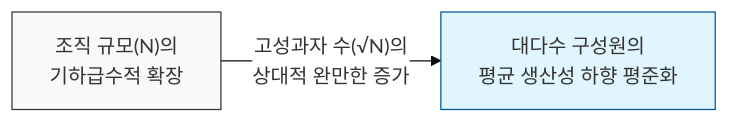
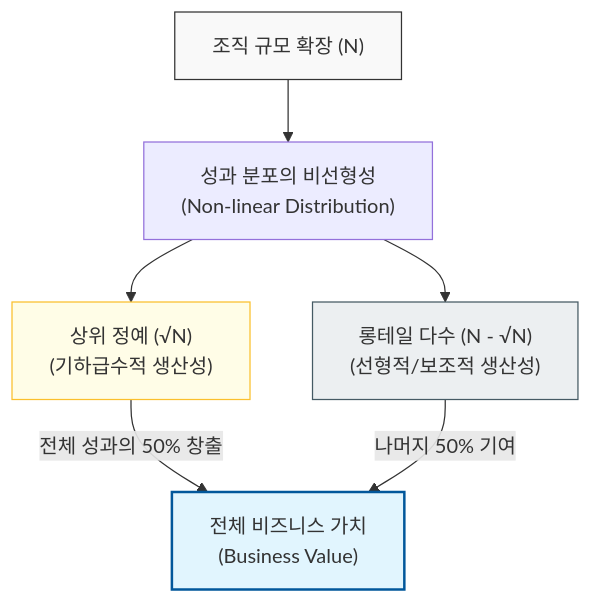
One commit to jeonck/ai-sw-engineering changed the second of 2 diagrams in docs/laws/prices-law.md. Above: the diagram before and after it, drawn with Mermaid. The commit also changed other lines of this file and 29 other files, not shown here.

````diff
--- a/docs/laws/prices-law.md
+++ b/docs/laws/prices-law.md
@@ -29,7 +30,15 @@
 ```mermaid
-%%{init: { 'theme': 'base', 'themeVariables': { 'edgeLabelBackground': '#fff' }}}%%
-flowchart LR
-    A2["조직 규모(N)의\n기하급수적 확장"] -- "고성과자 수(√N)의\n상대적 완만한 증가" --> B2["대다수 구성원의\n평균 생산성 하향 평준화"]
-    style A2 fill:#f9f9f9,stroke:#333,stroke-width:1px
-    style B2 fill:#e1f5fe,stroke:#01579b,stroke-width:1px
+graph TD
+    Total["조직 규모 확장 (N)"] --> Dist["성과 분포의 비선형성\n(Non-linear Distribution)"]
+    
+    Dist --> High["상위 정예 (√N)\n(기하급수적 생산성)"]
+    Dist --> LongTail["롱테일 다수 (N - √N)\n(선형적/보조적 생산성)"]
+    
+    High -- "전체 성과의 50% 창출" --> Goal["전체 비즈니스 가치\n(Business Value)"]
+    LongTail -- "나머지 50% 기여" --> Goal
+    
+    style Total fill:#f9f9f9,stroke:#333,stroke-width:1px
+    style High fill:#fffde7,stroke:#fbc02d,stroke-width:1px
+    style LongTail fill:#eceff1,stroke:#455a64,stroke-width:1px
+    style Goal fill:#e1f5fe,stroke:#01579b,stroke-width:2px
 ```
````
